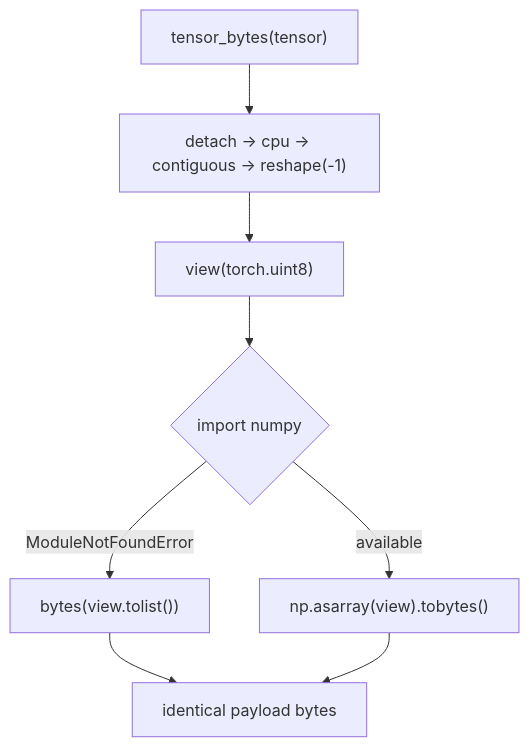
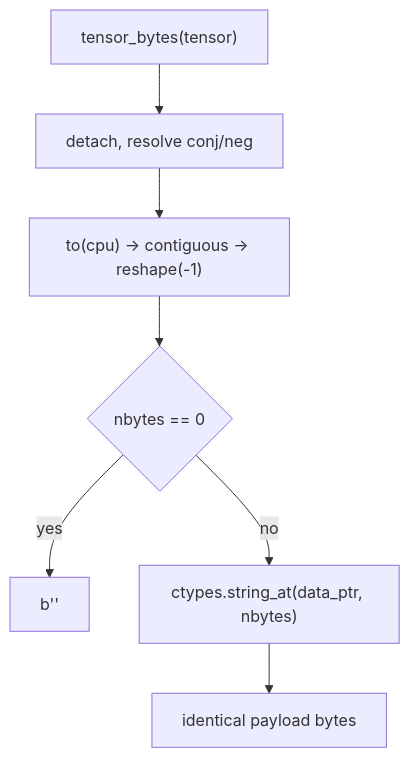
The first of 2 diagrams in docs/numpy-free-core.md (ModelCloud/GPTQModel), drawn with Mermaid before and after one commit. The commit also changed other lines of this file and 5 other files, not shown here.

````diff
--- a/docs/numpy-free-core.md
+++ b/docs/numpy-free-core.md
@@ -24,10 +25,9 @@
 ```mermaid
 flowchart TD
-    A["tensor_bytes(tensor)"] --> B["detach -> cpu -> contiguous -> reshape(-1)"]
-    B --> C["view(torch.uint8)"]
-    C --> D{"import numpy"}
-    D -->|"ModuleNotFoundError"| E["bytes(view.tolist())"]
-    D -->|"available"| F["np.asarray(view).tobytes()"]
-    E --> G["identical payload bytes"]
-    F --> G
+    A["tensor_bytes(tensor)"] --> B["detach, resolve conj/neg"]
+    B --> C["to(cpu) -> contiguous -> reshape(-1)"]
+    C --> D{"nbytes == 0"}
+    D -->|"yes"| E["b''"]
+    D -->|"no"| F["ctypes.string_at(data_ptr, nbytes)"]
+    F --> G["identical payload bytes"]
 ```
````
